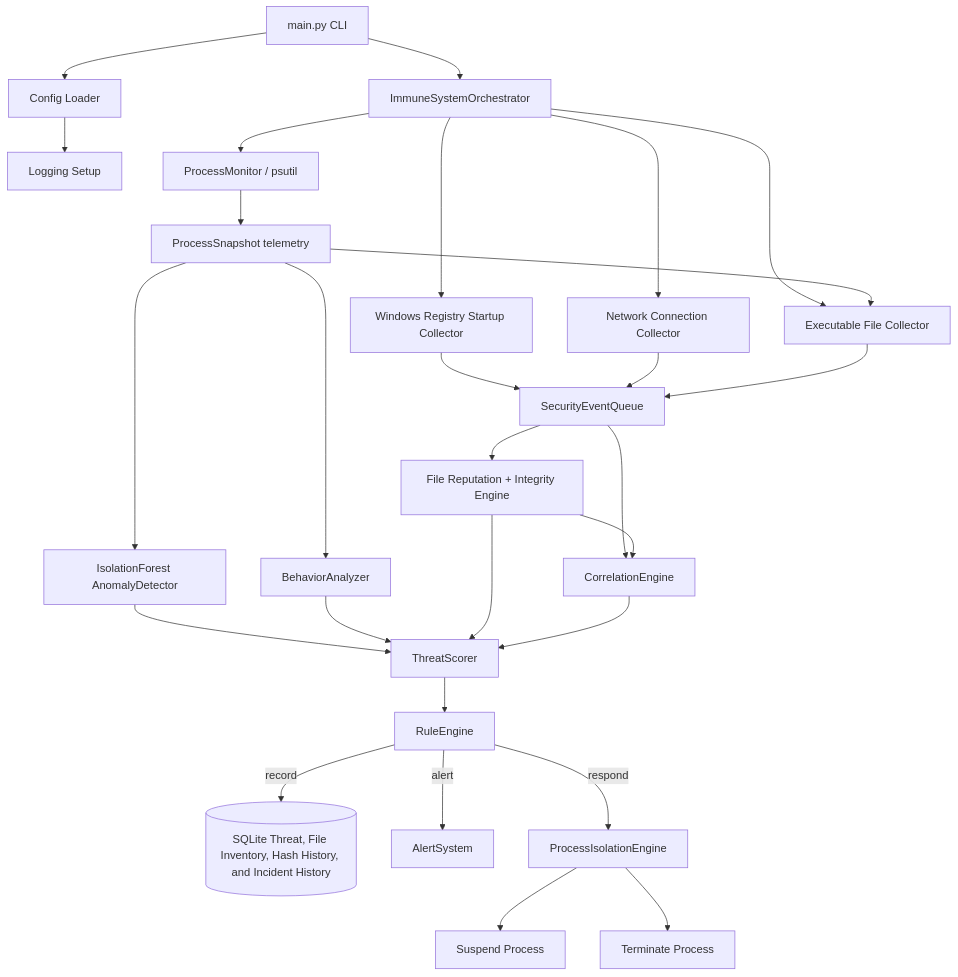
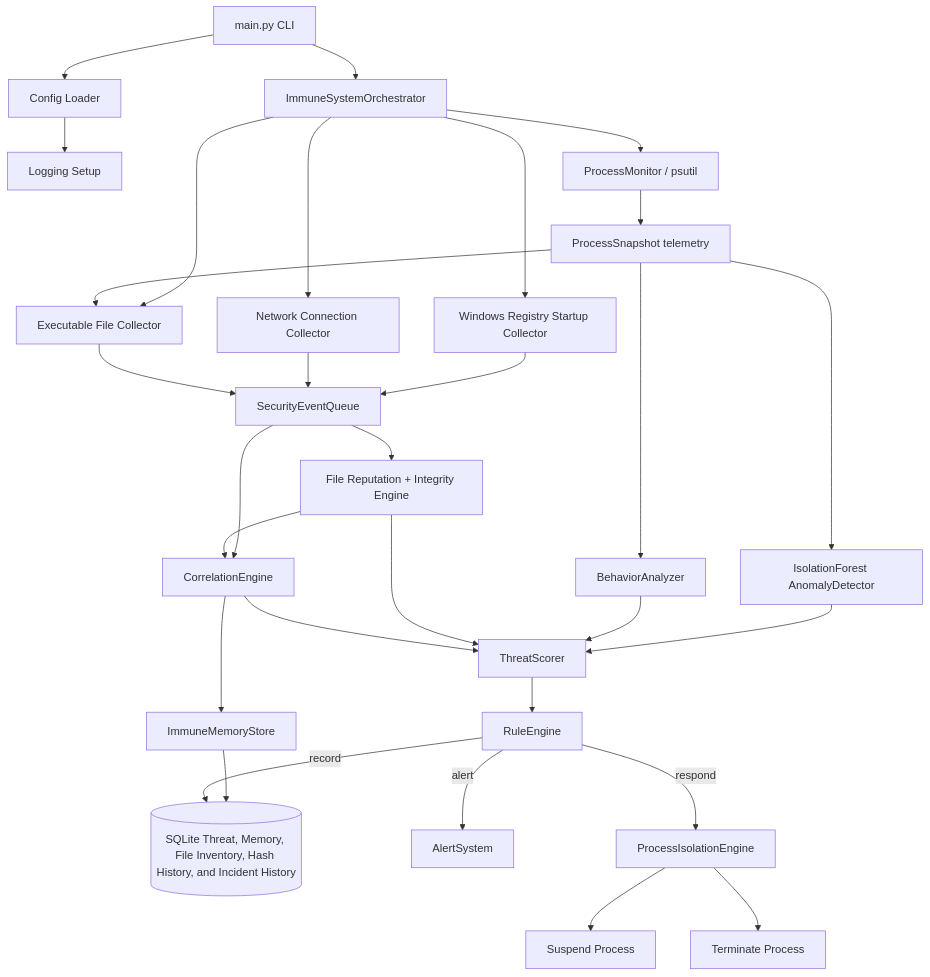
The first of 2 diagrams in README.md (limon-labs/Computer_Immune_System), drawn with Mermaid before and after one commit. The commit also changed other lines of this file and 8 other files, not shown here.

Commit message:
Document and test Phase 5 immune memory

````diff
--- a/README.md
+++ b/README.md
@@ -9,30 +9,32 @@
 ```mermaid
 flowchart TD
     CLI[main.py CLI] --> Config[Config Loader]
     Config --> Logger[Logging Setup]
     CLI --> Orchestrator[ImmuneSystemOrchestrator]
     Orchestrator --> Monitor[ProcessMonitor / psutil]
     Orchestrator --> Registry[Windows Registry Startup Collector]
     Orchestrator --> Network[Network Connection Collector]
     Orchestrator --> FileInventory[Executable File Collector]
     Monitor --> Snapshots[ProcessSnapshot telemetry]
     Snapshots --> FileInventory
     Registry --> Queue[SecurityEventQueue]
     Network --> Queue
     FileInventory --> Queue
     Queue --> FileRep[File Reputation + Integrity Engine]
     Queue --> Correlation[CorrelationEngine]
+    Correlation --> Memory[ImmuneMemoryStore]
     Snapshots --> ML[IsolationForest AnomalyDetector]
     Snapshots --> Behavior[BehaviorAnalyzer]
     ML --> Scoring[ThreatScorer]
     Behavior --> Scoring
     FileRep --> Scoring
     FileRep --> Correlation
     Correlation --> Scoring
+    Memory --> DB
     Scoring --> Rules[RuleEngine]
-    Rules -->|record| DB[(SQLite Threat, File Inventory, Hash History, and Incident History)]
+    Rules -->|record| DB[(SQLite Threat, Memory, File Inventory, Hash History, and Incident History)]
     Rules -->|alert| Alerts[AlertSystem]
     Rules -->|respond| Healing[ProcessIsolationEngine]
     Healing --> Suspend[Suspend Process]
     Healing --> Terminate[Terminate Process]
 ```
````
